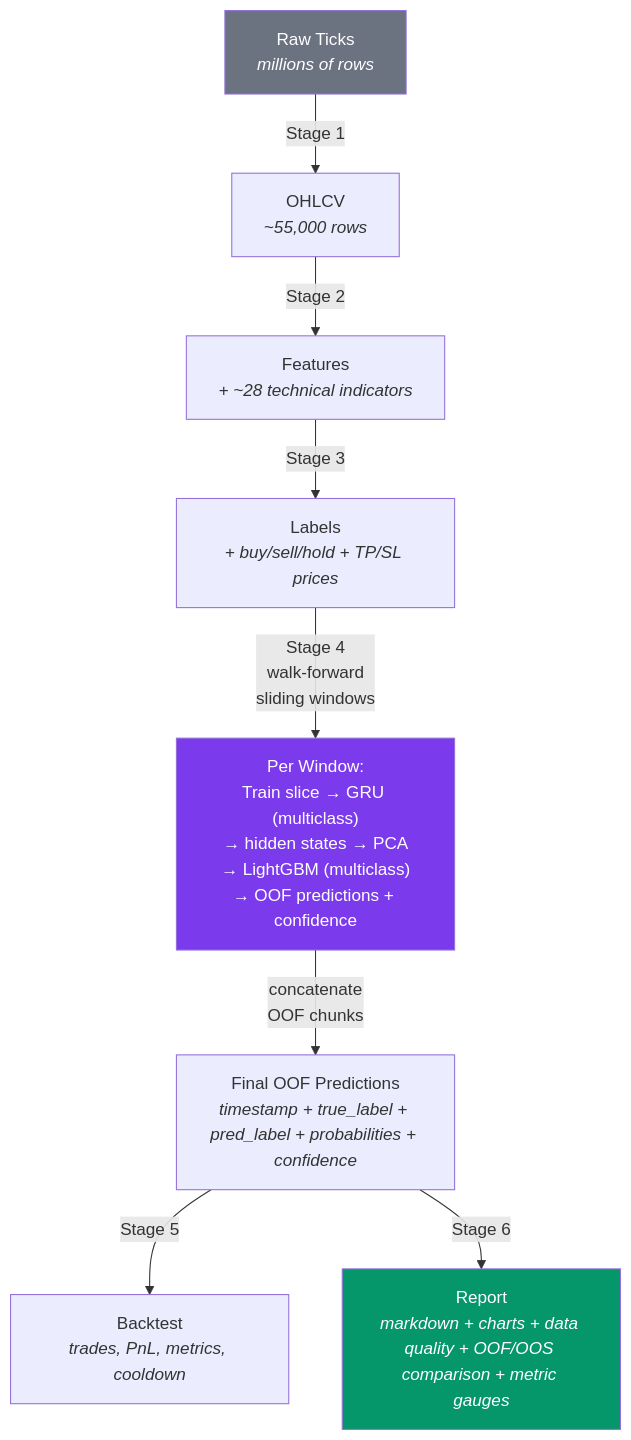
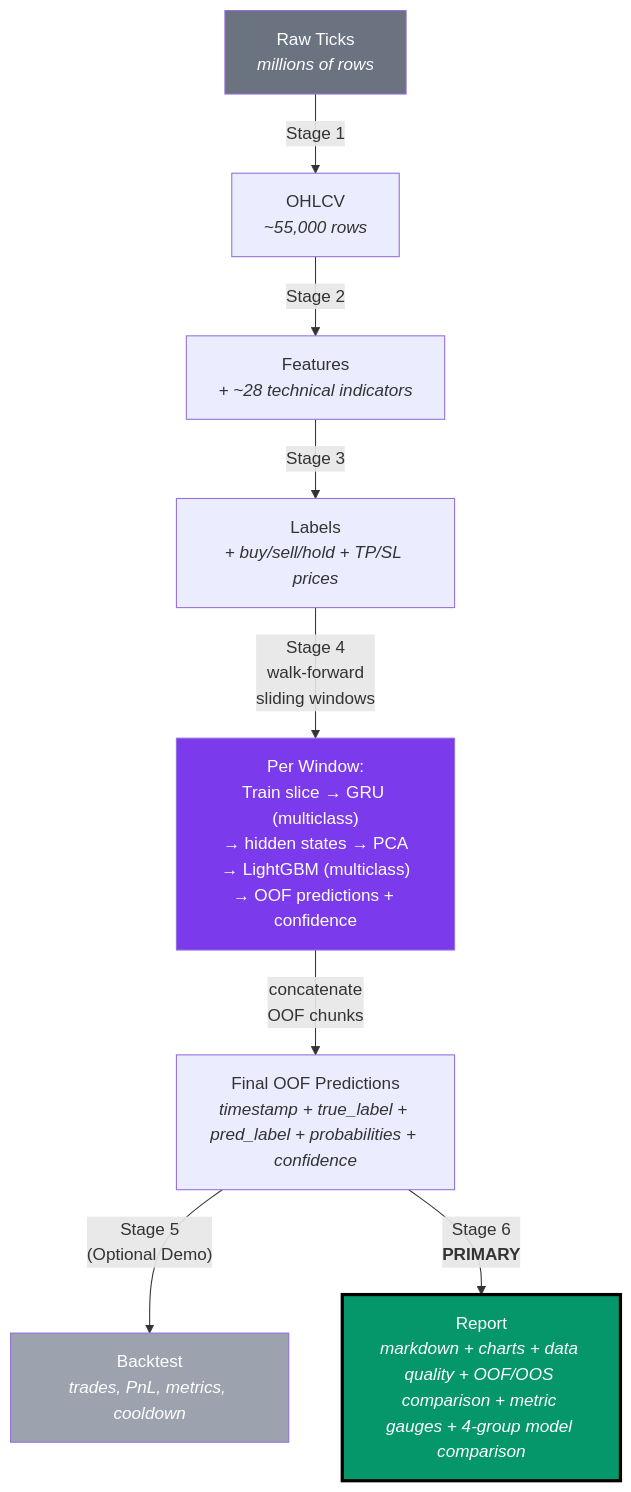
The sixth of 8 diagrams in docs/ARCHITECTURE.md (ultimateBroK/thesis-hybrid-stacking), drawn with Mermaid before and after one commit. The commit also changed other lines of this file and 20 other files, not shown here.

First line of the commit message:
feat: restructure evaluation to prioritize classification metrics and demote backtest to optional demo

````diff
--- a/docs/ARCHITECTURE.md
+++ b/docs/ARCHITECTURE.md
@@ -346,14 +381,15 @@
 ```mermaid
 flowchart TD
     T0["Raw Ticks<br/><i>millions of rows</i>"] -->|"Stage 1"| T1["OHLCV<br/><i>~55,000 rows</i>"]
     T1 -->|"Stage 2"| T2["Features<br/><i>+ ~28 technical indicators</i>"]
     T2 -->|"Stage 3"| T3["Labels<br/><i>+ buy/sell/hold + TP/SL prices</i>"]
     T3 -->|"Stage 4<br/>walk-forward<br/>sliding windows"| T4["Per Window:<br/>Train slice → GRU (multiclass)<br/>→ hidden states → PCA<br/>→ LightGBM (multiclass)<br/>→ OOF predictions + confidence"]
     T4 -->|"concatenate<br/>OOF chunks"| T5["Final OOF Predictions<br/><i>timestamp + true_label + pred_label + probabilities + confidence</i>"]
-    T5 -->|"Stage 5"| T6["Backtest<br/><i>trades, PnL, metrics, cooldown</i>"]
-    T5 -->|"Stage 6"| T7["Report<br/><i>markdown + charts + data quality + OOF/OOS comparison + metric gauges</i>"]
+    T5 -->|"Stage 5<br/>(Optional Demo)"| T6["Backtest<br/><i>trades, PnL, metrics, cooldown</i>"]
+    T5 -->|"Stage 6<br/><b>PRIMARY</b>"| T7["Report<br/><i>markdown + charts + data quality + OOF/OOS comparison + metric gauges + 4-group model comparison</i>"]
 
     style T0 fill:#6B7280,color:#fff
     style T4 fill:#7C3AED,color:#fff
-    style T7 fill:#059669,color:#fff
+    style T6 fill:#9CA3AF,color:#fff
+    style T7 fill:#059669,color:#fff,stroke:#000,stroke-width:3px
 ```
````
